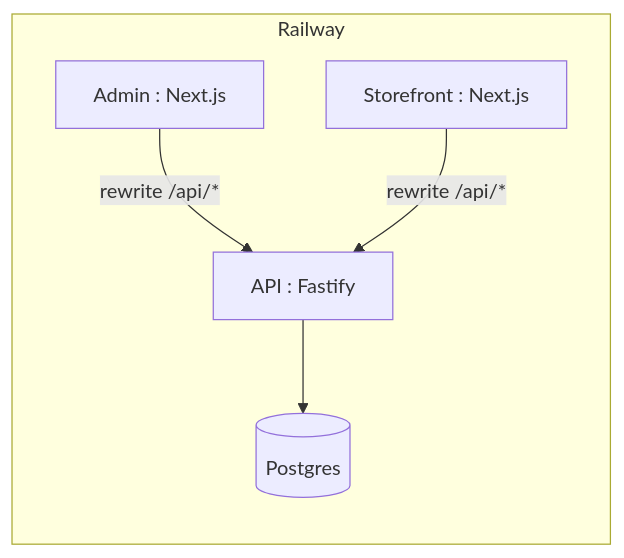
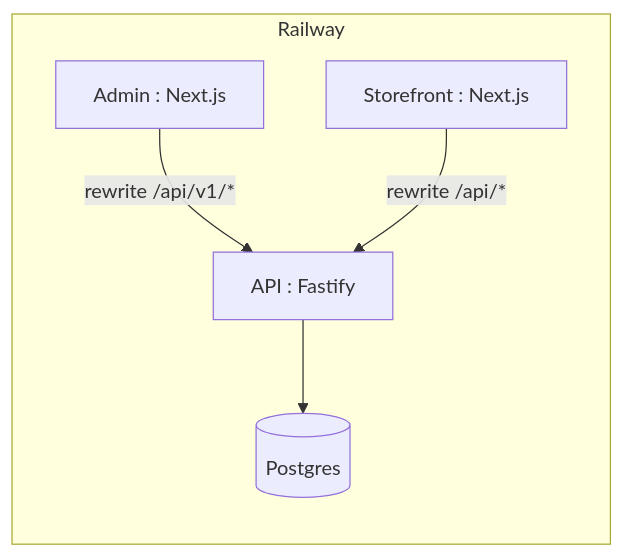
One commit to ramdeals0/ProductInfoMan changed the diagram in docs/deployment/railway.md. Above: the diagram before and after it, drawn with Mermaid. The commit also changed other lines of this file and 9 other files, not shown here.

````diff
--- a/docs/deployment/railway.md
+++ b/docs/deployment/railway.md
@@ -134,12 +147,12 @@
 ```mermaid
 flowchart LR
   subgraph Railway
     PG[(Postgres)]
     API[API : Fastify]
     ADM[Admin : Next.js]
     STO[Storefront : Next.js]
   end
-  ADM -->|rewrite /api/*| API
+  ADM -->|rewrite /api/v1/*| API
   STO -->|rewrite /api/*| API
   API --> PG
 ```
````
